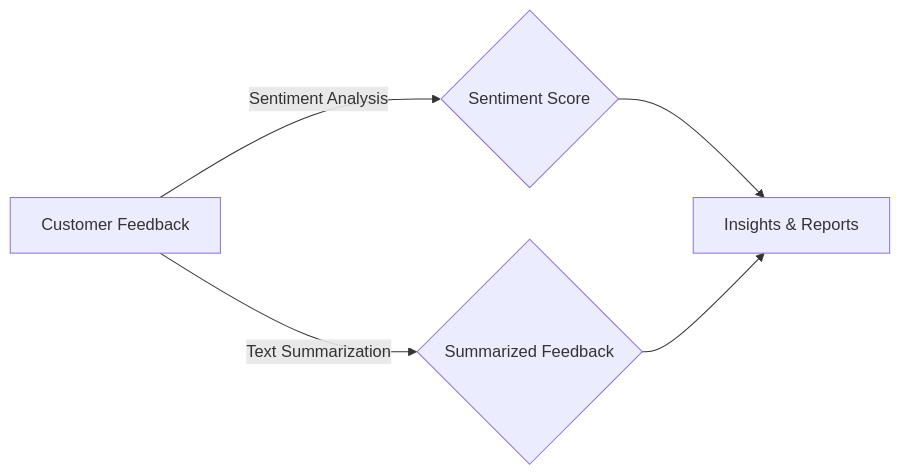
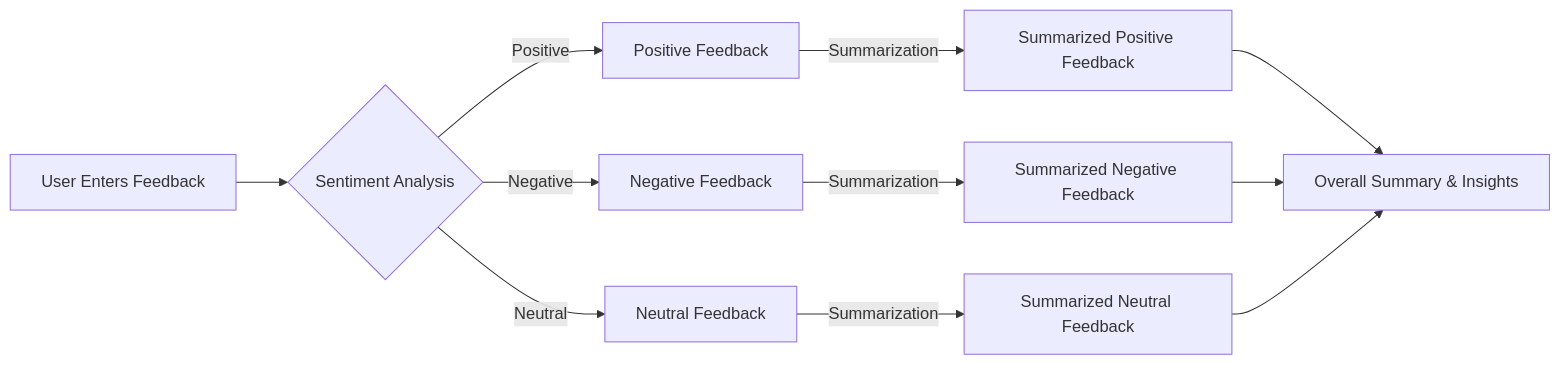
One commit to devend-24/Customer_Feedback_Analysis changed the diagram in README.md. Above: the diagram before and after it, drawn with Mermaid. The commit also changed other lines of this file, not shown here.

````diff
--- a/README.md
+++ b/README.md
@@ -61,6 +72,11 @@
 ```mermaid
 graph LR;
-A[Customer Feedback] -->|Sentiment Analysis| B{Sentiment Score};
-A -->|Text Summarization| C{Summarized Feedback};
-B & C --> D[Insights & Reports]
+A[User Enters Feedback] --> B{Sentiment Analysis};
+B -->|Positive| C[Positive Feedback];
+B -->|Negative| D[Negative Feedback];
+B -->|Neutral| E[Neutral Feedback];
+C -->|Summarization| F[Summarized Positive Feedback];
+D -->|Summarization| G[Summarized Negative Feedback];
+E -->|Summarization| H[Summarized Neutral Feedback];
+F & G & H --> I[Overall Summary & Insights]
 ```
````
